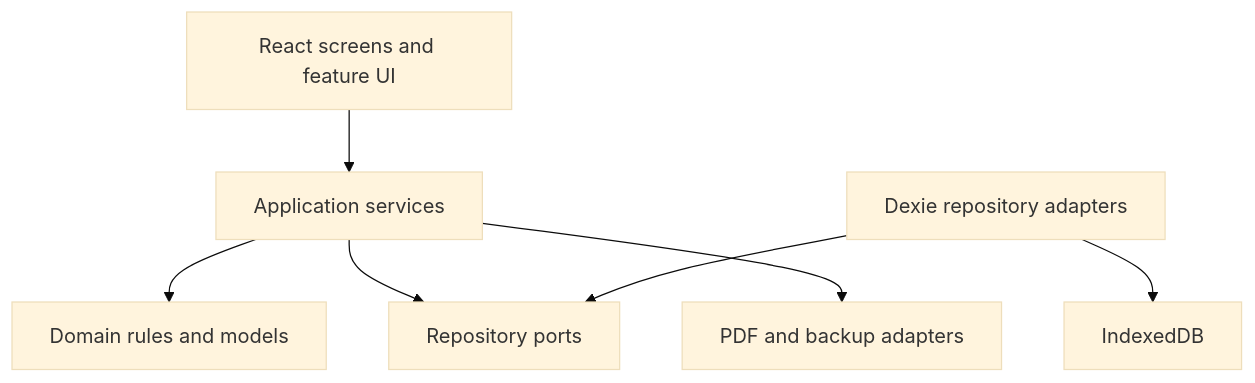
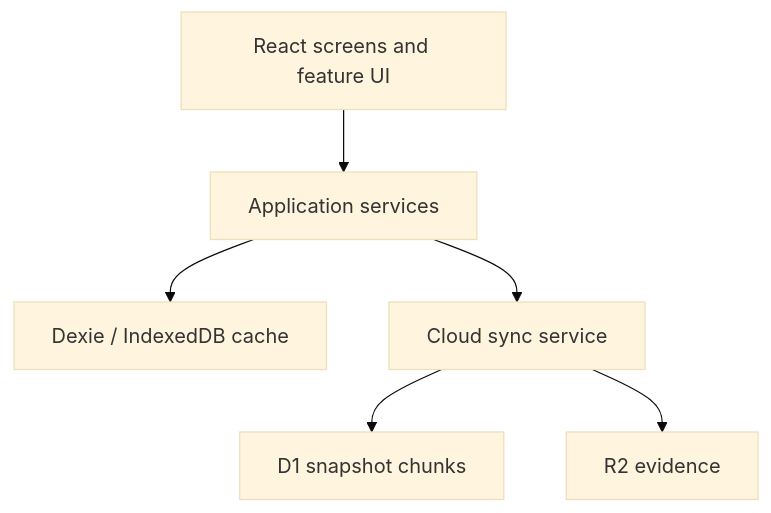
Before and after one commit to ramezGamel01/workledger: the first of 2 diagrams in docs/ARCHITECTURE.md, drawn with Mermaid (base theme). The commit also changed other lines of this file and 45 other files, not shown here.

````diff
--- a/docs/ARCHITECTURE.md
+++ b/docs/ARCHITECTURE.md
@@ -55,9 +61,8 @@
 ```mermaid
 flowchart TD
     UI["React screens and feature UI"] --> APP["Application services"]
-    APP --> DOMAIN["Domain rules and models"]
-    APP --> PORTS["Repository ports"]
-    REPO["Dexie repository adapters"] --> PORTS
-    REPO --> DB["IndexedDB"]
-    APP --> DOCS["PDF and backup adapters"]
+    APP --> CACHE["Dexie / IndexedDB cache"]
+    APP --> SYNC["Cloud sync service"]
+    SYNC --> D1["D1 snapshot chunks"]
+    SYNC --> R2["R2 evidence"]
 ```
````
